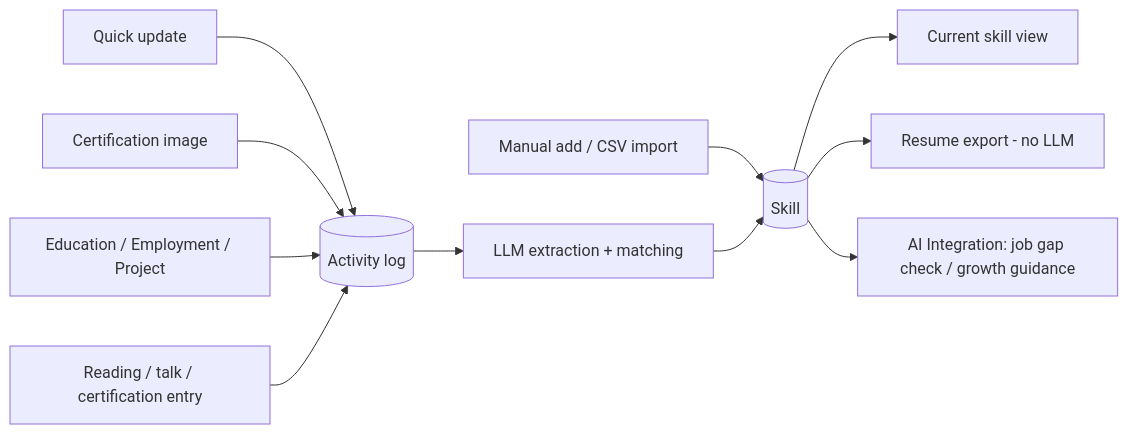
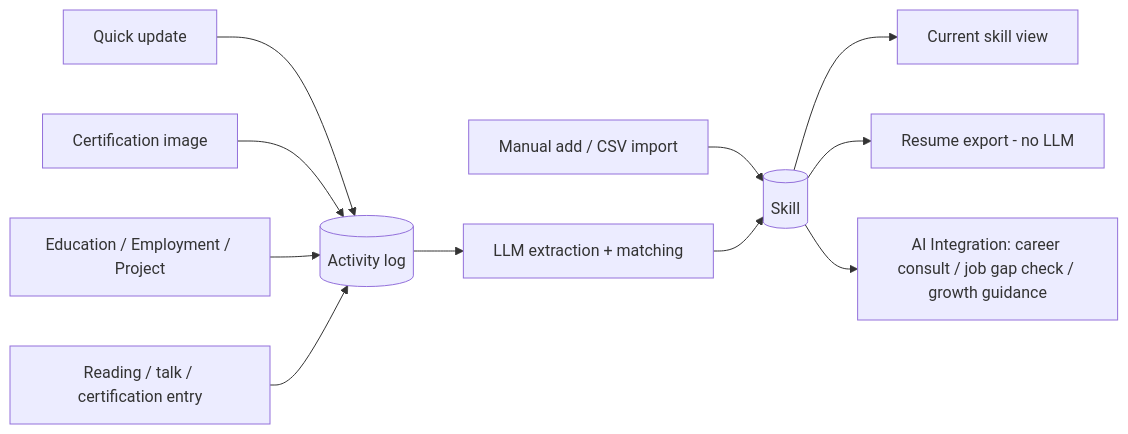
The diagram in README.md (tkm112345/skillgrowth), drawn with Mermaid before and after one commit. The commit also changed other lines of this file and 19 other files, not shown here.

````diff
--- a/README.md
+++ b/README.md
@@ -15,13 +15,13 @@
 ```mermaid
 flowchart LR
   U1[Quick update] --> E[(Activity log)]
   U2[Certification image] --> E
   U3[Education / Employment / Project] --> E
   U4[Reading / talk / certification entry] --> E
   U5[Manual add / CSV import] --> S[(Skill)]
   E --> L[LLM extraction + matching]
   L --> S
   S --> V[Current skill view]
   S --> X[Resume export - no LLM]
-  S --> G[AI Integration: job gap check / growth guidance]
+  S --> G[AI Integration: career consult / job gap check / growth guidance]
 ```
````
